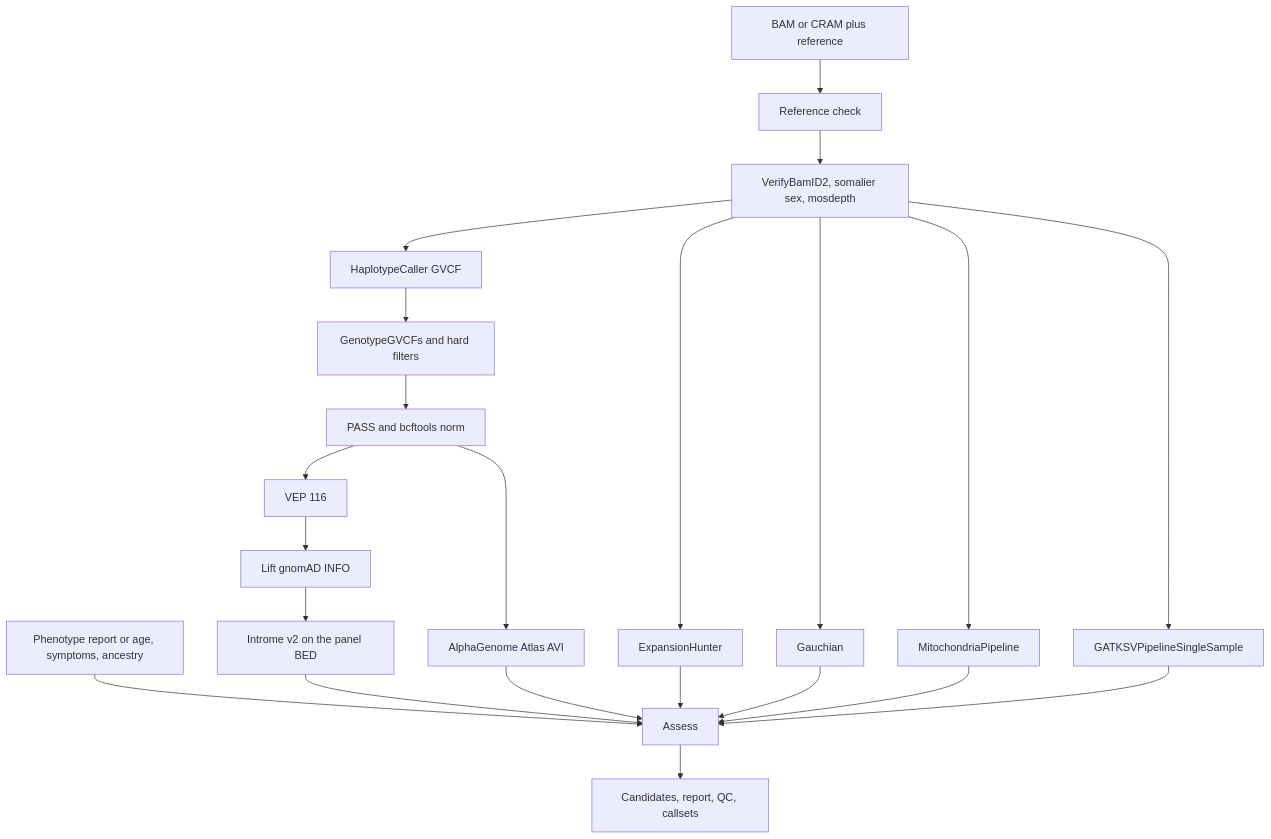
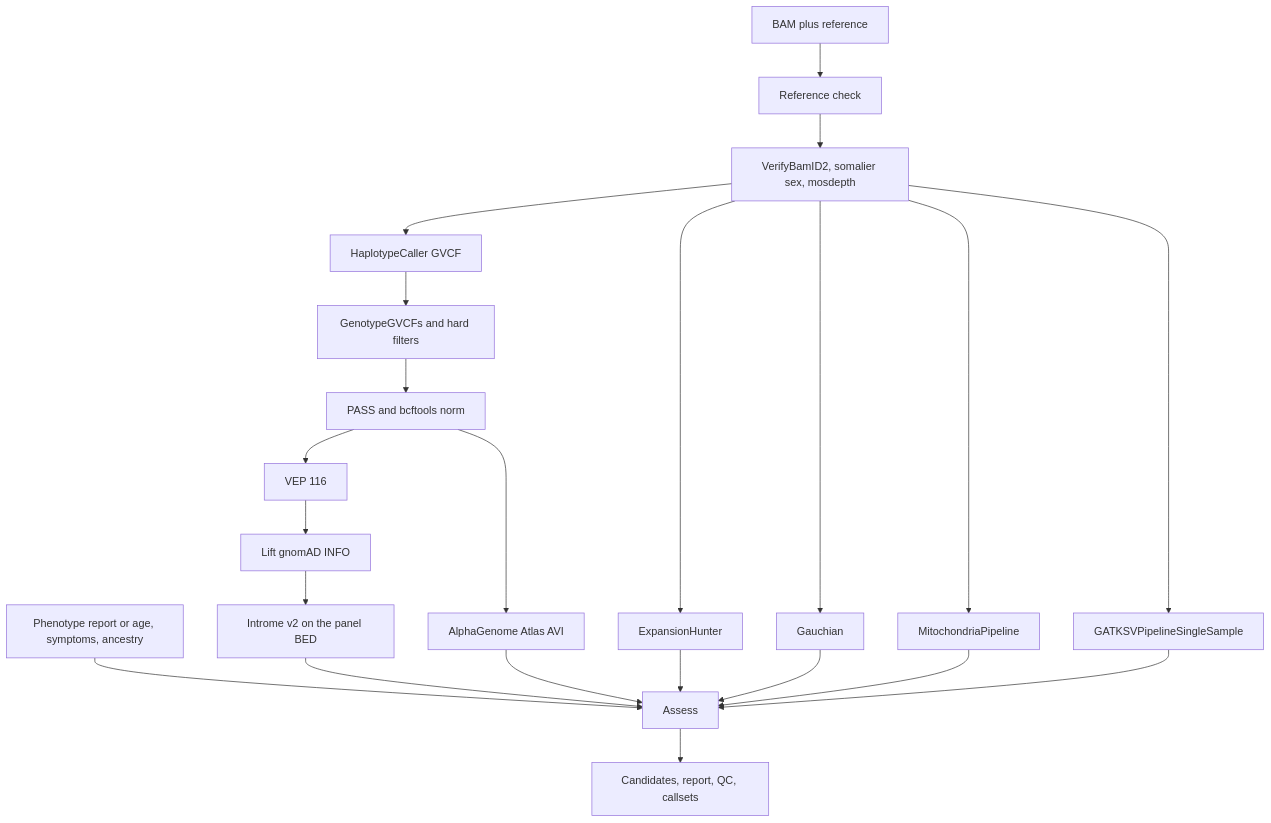
The diagram in README.md (gqworks/pdsample-terra), drawn with Mermaid before and after one commit. The commit also changed other lines of this file and 11 other files, not shown here.

````diff
--- a/README.md
+++ b/README.md
@@ -5,24 +5,24 @@
 ```mermaid
 flowchart TD
-  cram[BAM or CRAM plus reference] --> check[Reference check]
+  bam[BAM plus reference] --> check[Reference check]
   check --> qc[VerifyBamID2, somalier sex, mosdepth]
   qc --> hc[HaplotypeCaller GVCF]
   hc --> gt[GenotypeGVCFs and hard filters]
   gt --> norm[PASS and bcftools norm]
   norm --> vep[VEP 116]
   vep --> lift[Lift gnomAD INFO]
   lift --> introme[Introme v2 on the panel BED]
   norm --> avi[AlphaGenome Atlas AVI]
   qc --> eh[ExpansionHunter]
   qc --> gba[Gauchian]
   qc --> mito[MitochondriaPipeline]
   qc --> gatksv[GATKSVPipelineSingleSample]
   pheno[Phenotype report or age, symptoms, ancestry] --> assess[Assess]
   introme --> assess
   avi --> assess
   eh --> assess
   gba --> assess
   mito --> assess
   gatksv --> assess
   assess --> row[Candidates, report, QC, callsets]
 ```
````
